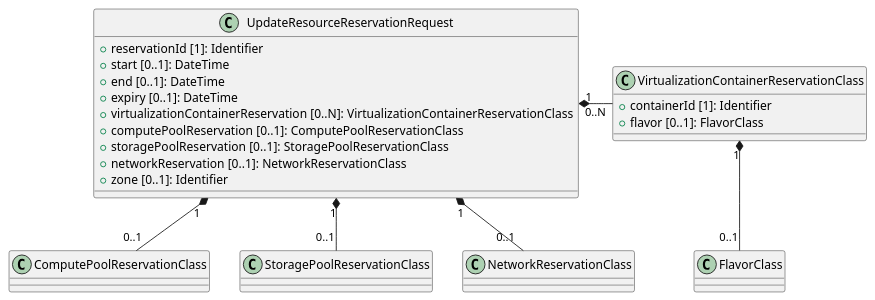
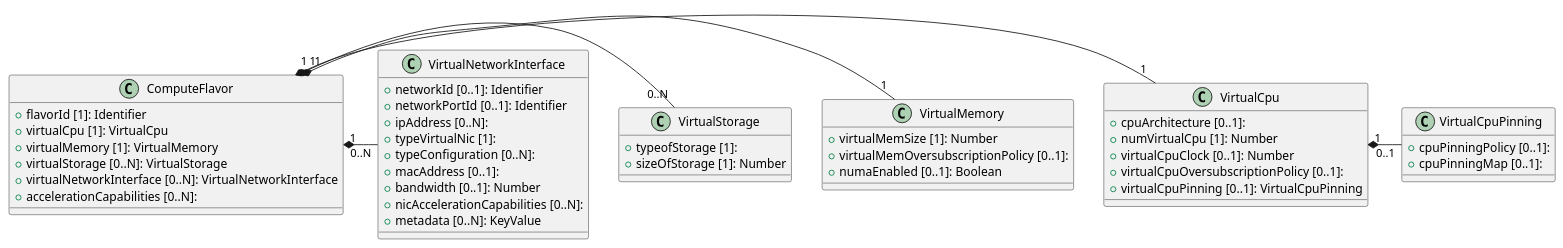
One commit to opnfv/promise changed the diagram in requirements/05-impl.rst. Above: the diagram before and after it, drawn with PlantUML. The commit also changed other lines of this file and 6 other files, not shown here.

```diff
--- a/requirements/05-impl.rst
+++ b/requirements/05-impl.rst
@@ -382,26 +22,54 @@
 .. uml::
 
    @startuml
-   class UpdateResourceReservationRequest {
-      + reservationId [1]: Identifier
-      + start [0..1]: DateTime
-      + end [0..1]: DateTime
-      + expiry [0..1]: DateTime
-      + virtualizationContainerReservation [0..N]: VirtualizationContainerReservationClass
-      + computePoolReservation [0..1]: ComputePoolReservationClass
-      + storagePoolReservation [0..1]: StoragePoolReservationClass
-      + networkReservation [0..1]: NetworkReservationClass
-      + zone [0..1]: Identifier
+   class ComputeFlavor {
+     + flavorId [1]: Identifier
+     + virtualCpu [1]: VirtualCpu
+     + virtualMemory [1]: VirtualMemory
+     + virtualStorage [0..N]: VirtualStorage
+     + virtualNetworkInterface [0..N]: VirtualNetworkInterface
+     + accelerationCapabilities [0..N]:
    }
 
-   class VirtualizationContainerReservationClass {
-      + containerId [1]: Identifier
-      + flavor [0..1]: FlavorClass
+   class VirtualCpu {
+     + cpuArchitecture [0..1]:
+     + numVirtualCpu [1]: Number
+     + virtualCpuClock [0..1]: Number
+     + virtualCpuOversubscriptionPolicy [0..1]:
+     + virtualCpuPinning [0..1]: VirtualCpuPinning
    }
 
-   UpdateResourceReservationRequest "1" *- "0..N" VirtualizationContainerReservationClass : ""
-   VirtualizationContainerReservationClass "1" *-- "0..1" FlavorClass
-   UpdateResourceReservationRequest "1" *-- "0..1" ComputePoolReservationClass
-   UpdateResourceReservationRequest "1" *-- "0..1" StoragePoolReservationClass
-   UpdateResourceReservationRequest "1" *-- "0..1" NetworkReservationClass
+   class VirtualCpuPinning {
+     + cpuPinningPolicy [0..1]:
+     + cpuPinningMap [0..1]:
+   }
+
+   class VirtualMemory {
+     + virtualMemSize [1]: Number
+     + virtualMemOversubscriptionPolicy [0..1]:
+     + numaEnabled [0..1]: Boolean
+   }
+
+   class VirtualStorage {
+     + typeofStorage [1]:
+     + sizeOfStorage [1]: Number
+   }
+
+   class VirtualNetworkInterface {
+     + networkId [0..1]: Identifier
+     + networkPortId [0..1]: Identifier
+     + ipAddress [0..N]:
+     + typeVirtualNic [1]:
+     + typeConfiguration [0..N]:
+     + macAddress [0..1]:
+     + bandwidth [0..1]: Number
+     + nicAccelerationCapabilities [0..N]:
+     + metadata [0..N]: KeyValue
+   }
+
+   ComputeFlavor "1" *- "1" VirtualCpu : ""
+   ComputeFlavor "1" *- "1" VirtualMemory : ""
+   ComputeFlavor "1" *- "0..N" VirtualStorage : ""
+   ComputeFlavor "1" *- "0..N" VirtualNetworkInterface: ""
+   VirtualCpu "1" *- "0..1" VirtualCpuPinning : ""
    @enduml
```
